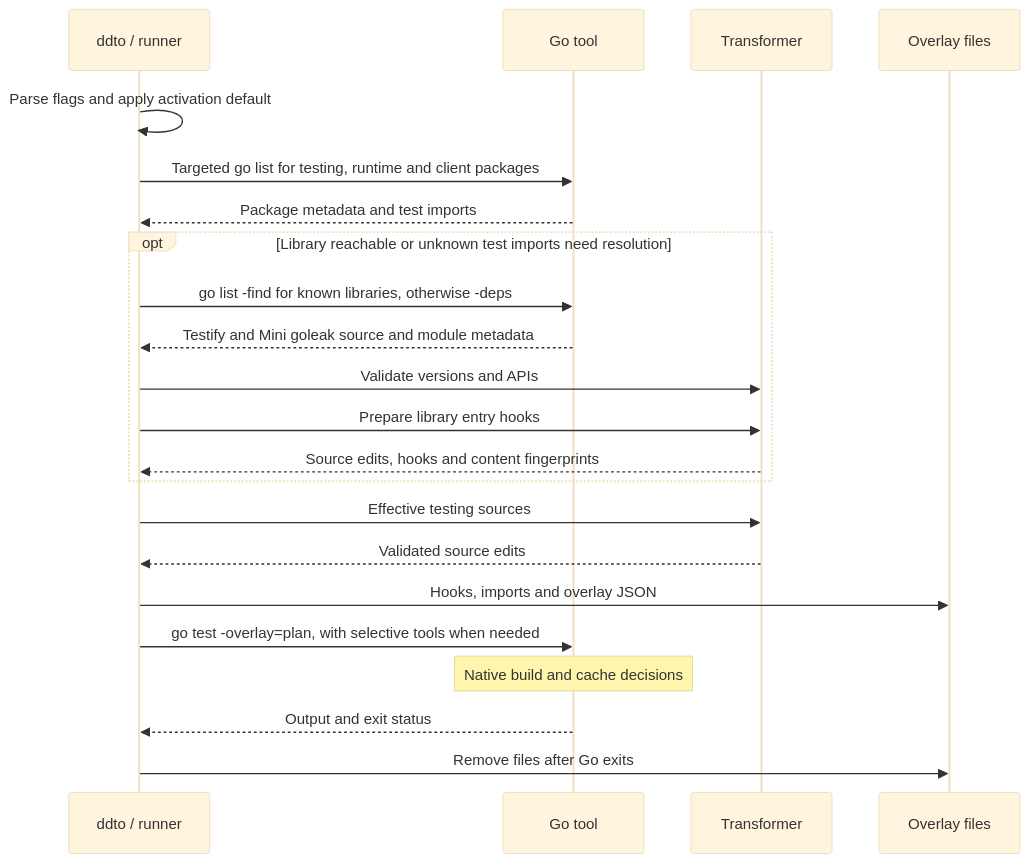
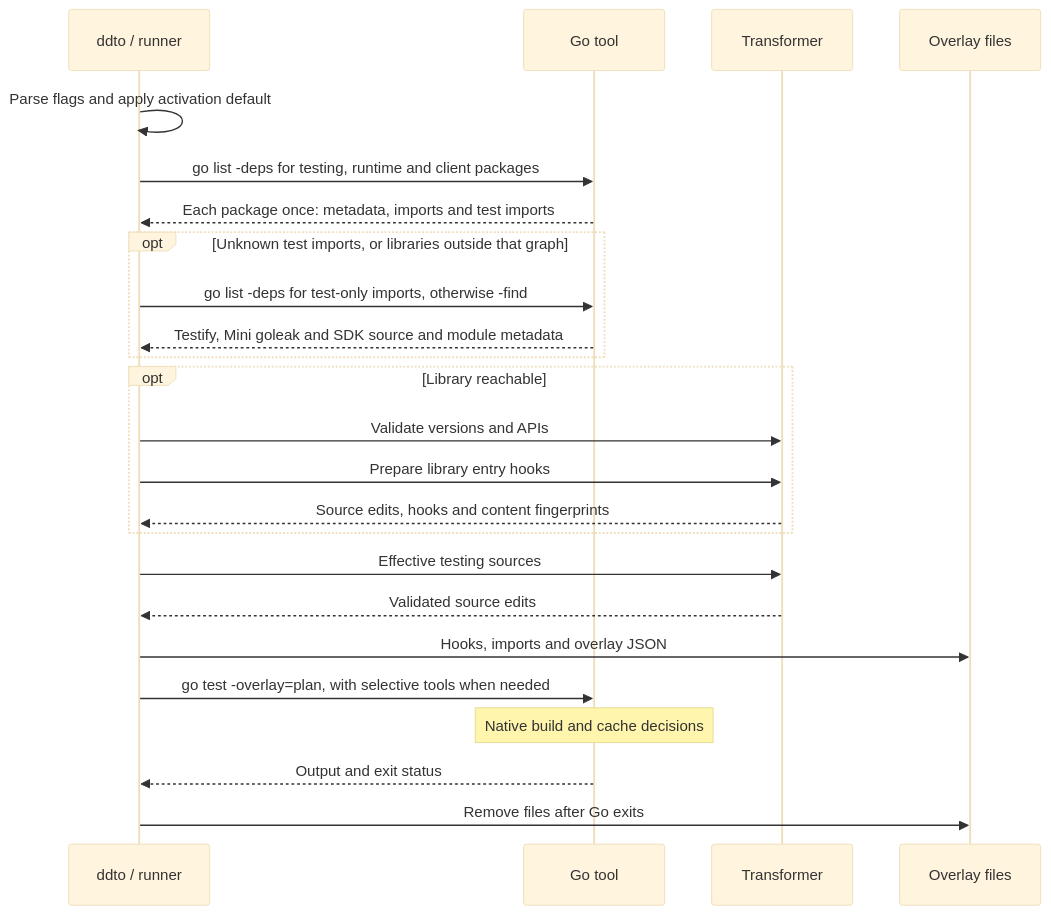
One commit to tonyredondo/dd-ci-testing-poc changed the second of 6 diagrams in docs/architecture.md. Above: the diagram before and after it, drawn with Mermaid (base theme). The commit also changed 8 other files, not shown here.

````diff
--- a/docs/architecture.md
+++ b/docs/architecture.md
@@ -62,24 +62,26 @@
 ```mermaid
 sequenceDiagram
     participant CLI as ddto / runner
     participant Go as Go tool
     participant AST as Transformer
     participant Plan as Overlay files
     CLI->>CLI: Parse flags and apply activation default
-    CLI->>Go: Targeted go list for testing, runtime and client packages
-    Go-->>CLI: Package metadata and test imports
-    opt Library reachable or unknown test imports need resolution
-        CLI->>Go: go list -find for known libraries, otherwise -deps
-        Go-->>CLI: Testify and Mini goleak source and module metadata
+    CLI->>Go: go list -deps for testing, runtime and client packages
+    Go-->>CLI: Each package once: metadata, imports and test imports
+    opt Unknown test imports, or libraries outside that graph
+        CLI->>Go: go list -deps for test-only imports, otherwise -find
+        Go-->>CLI: Testify, Mini goleak and SDK source and module metadata
+    end
+    opt Library reachable
         CLI->>AST: Validate versions and APIs
         CLI->>AST: Prepare library entry hooks
         AST-->>CLI: Source edits, hooks and content fingerprints
     end
     CLI->>AST: Effective testing sources
     AST-->>CLI: Validated source edits
     CLI->>Plan: Hooks, imports and overlay JSON
     CLI->>Go: go test -overlay=plan, with selective tools when needed
     Note over Go: Native build and cache decisions
     Go-->>CLI: Output and exit status
     CLI->>Plan: Remove files after Go exits
 ```
````
